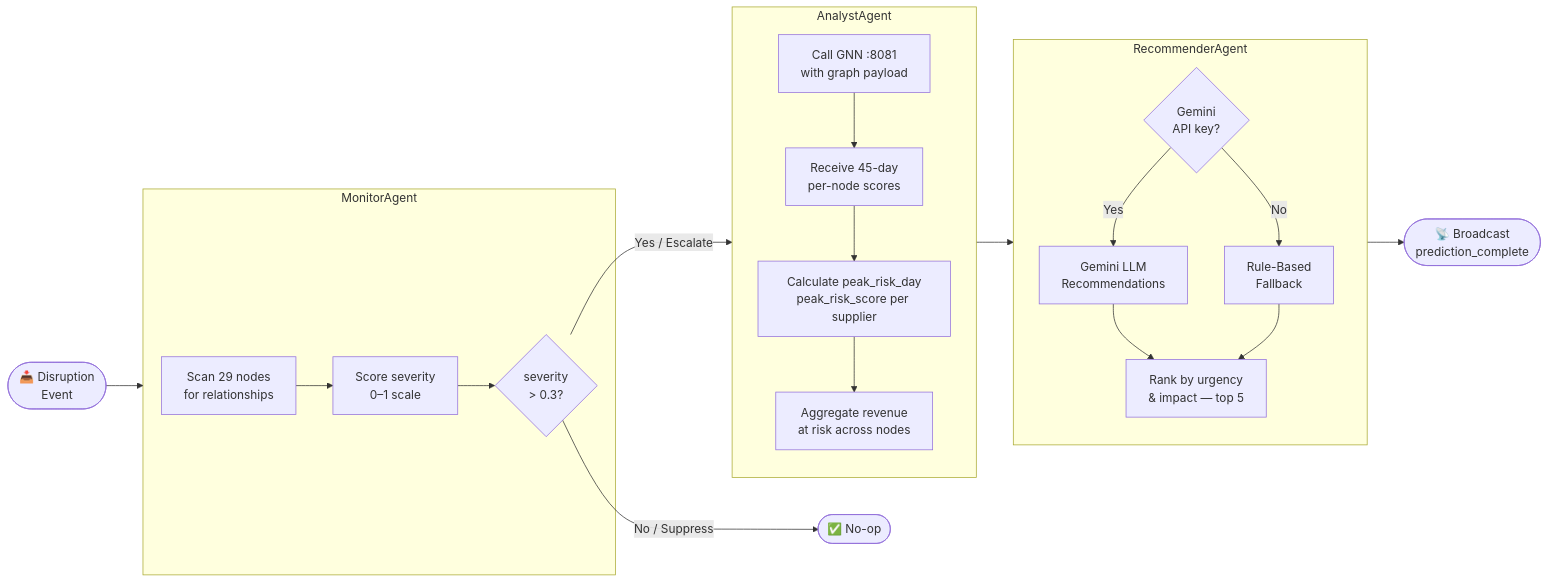
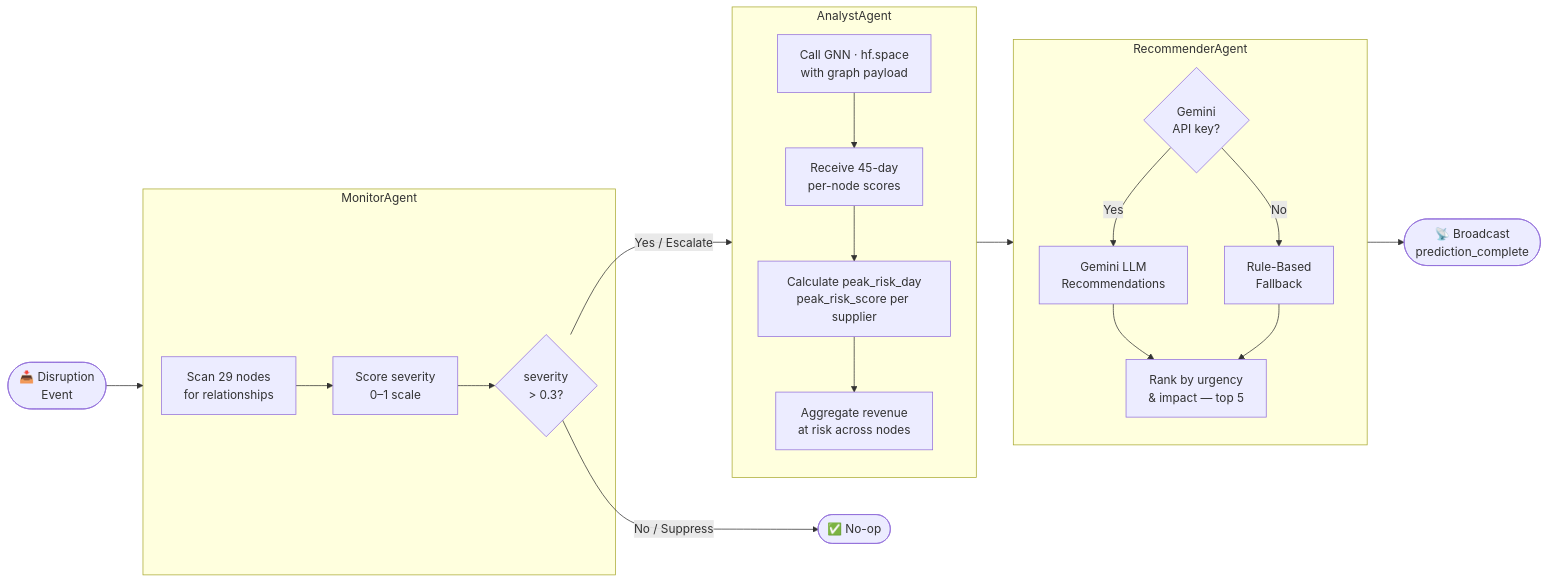
One commit to RaGaS958/RippleGraphAI changed the third of 10 diagrams in README.md. Above: the diagram before and after it, drawn with Mermaid. The commit also changed other lines of this file, not shown here.

````diff
--- a/README.md
+++ b/README.md
@@ -155,36 +290,36 @@
 ```mermaid
 flowchart LR
     EV([📥 Disruption\nEvent]) --> MA
 
     subgraph MA["MonitorAgent"]
         M1[Scan 29 nodes\nfor relationships]
         M2[Score severity\n0–1 scale]
         M3{severity\n> 0.3?}
         M1 --> M2 --> M3
     end
 
     M3 -- Yes / Escalate --> AA
     M3 -- No / Suppress --> DONE([✅ No-op])
 
     subgraph AA["AnalystAgent"]
-        A1[Call GNN :8081\nwith graph payload]
+        A1[Call GNN · hf.space\nwith graph payload]
         A2[Receive 45-day\nper-node scores]
         A3[Calculate peak_risk_day\npeak_risk_score per supplier]
         A4[Aggregate revenue\nat risk across nodes]
         A1 --> A2 --> A3 --> A4
     end
 
     AA --> RA
 
     subgraph RA["RecommenderAgent"]
         R1{Gemini\nAPI key?}
         R2[Gemini LLM\nRecommendations]
         R3[Rule-Based\nFallback]
         R4[Rank by urgency\n& impact — top 5]
         R1 -- Yes --> R2
         R1 -- No --> R3
         R2 & R3 --> R4
     end
 
     RA --> OUT([📡 Broadcast\nprediction_complete])
 ```
````
